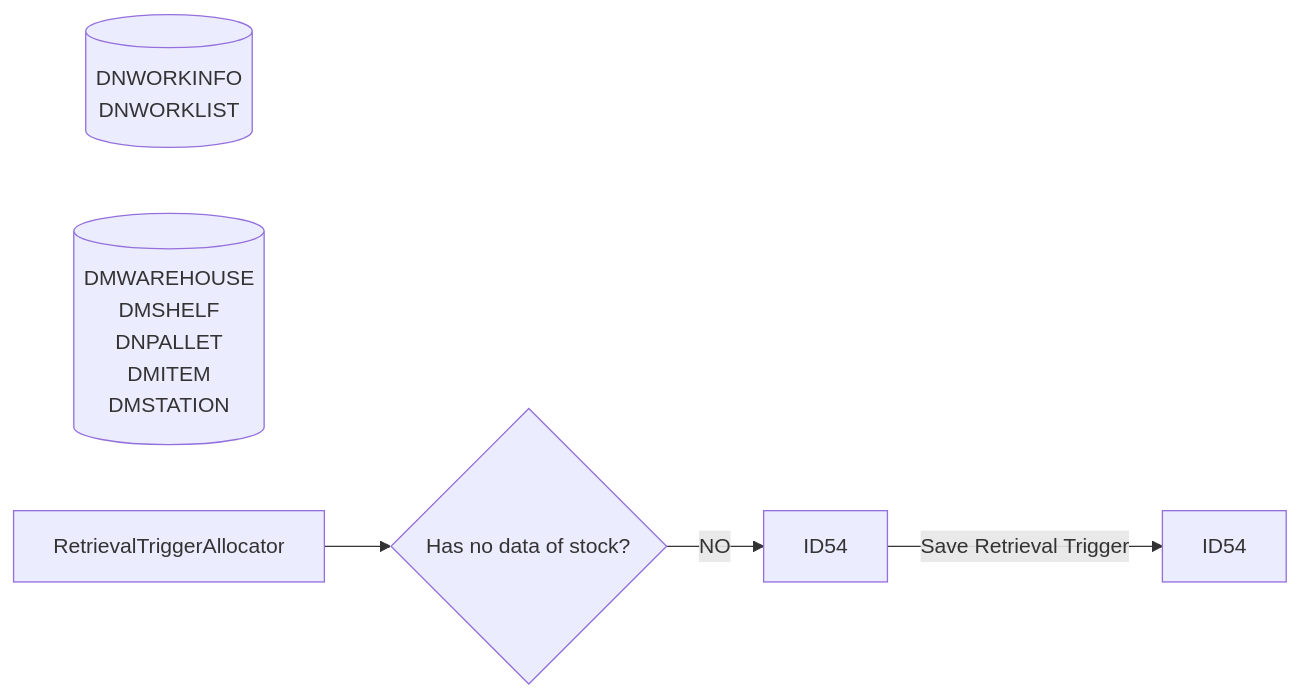
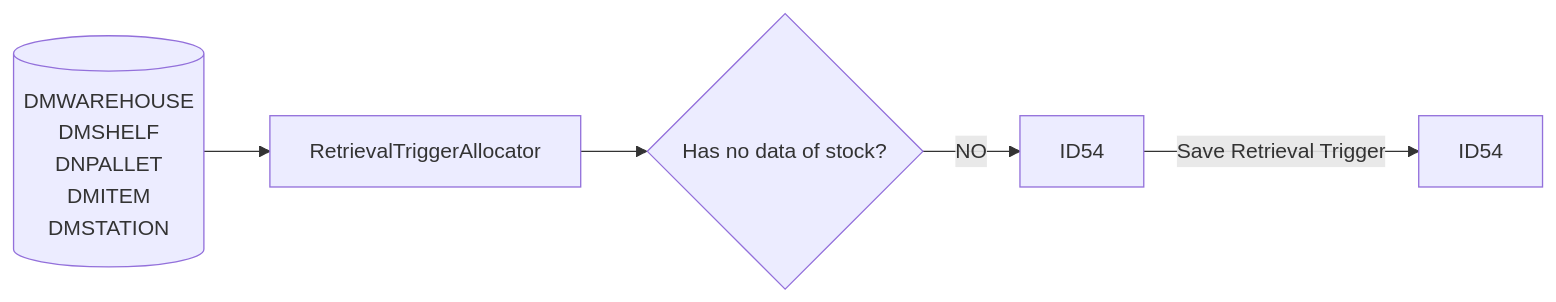
The third of 12 diagrams in Basic-Design/DFD-WMS/Retrieval/Stacked-Empty-Pallet.md (luthfiadityaa/SimeDarby-Wiki), drawn with Mermaid before and after one commit.

Commit message:
Updated Stacked Empty Pallet

```diff
--- a/Basic-Design/DFD-WMS/Retrieval/Stacked-Empty-Pallet.md
+++ b/Basic-Design/DFD-WMS/Retrieval/Stacked-Empty-Pallet.md
@@ -86,22 +86,17 @@
 ::: mermaid
 flowchart LR    
-
-    tableList-insert[("
-        DNWORKINFO
-        DNWORKLIST
-    ")]
 
      tableList-select[("
         DMWAREHOUSE
         DMSHELF
         DNPALLET
         DMITEM
         DMSTATION
     ")]
 
-    className[RetrievalTriggerAllocator]
+     tableList-select-->className[RetrievalTriggerAllocator]
     className --> Cond3{Has no data of stock?} --> |NO| P1[ID54] --> |Save Retrieval Trigger| P2[ID54]
 
     classDef leftAlign text-align:left;
     class input leftAlign;
 :::
```
